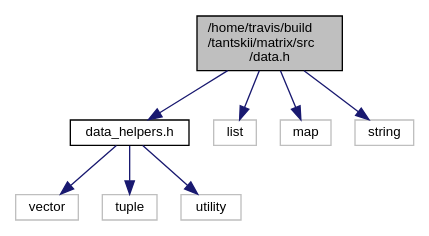
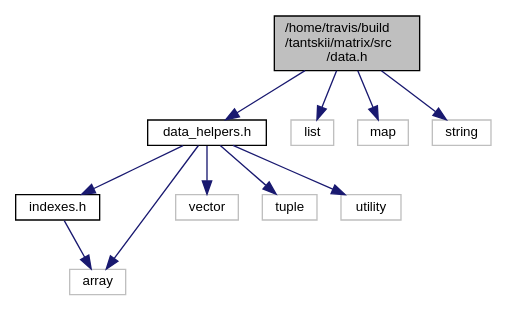
Before and after one commit to tantskii/matrix: the diagram in data_8h__incl.dot, drawn with Graphviz. The commit also changed 95 other files, not shown here.

```diff
--- a/data_8h__incl.dot
+++ b/data_8h__incl.dot
@@ -1,20 +1,25 @@
 digraph "/home/travis/build/tantskii/matrix/src/data.h"
 {
   edge [fontname="Helvetica",fontsize="10",labelfontname="Helvetica",labelfontsize="10"];
   node [fontname="Helvetica",fontsize="10",shape=record];
   Node1 [label="/home/travis/build\l/tantskii/matrix/src\l/data.h",height=0.2,width=0.4,color="black", fillcolor="grey75", style="filled", fontcolor="black"];
   Node1 -> Node2 [color="midnightblue",fontsize="10",style="solid",fontname="Helvetica"];
   Node2 [label="data_helpers.h",height=0.2,width=0.4,color="black", fillcolor="white", style="filled",URL="$data__helpers_8h.html",tooltip="Данный заголовочный файл содержит вспомогательные функии класса Data<T, N> описанного в data..."];
   Node2 -> Node3 [color="midnightblue",fontsize="10",style="solid",fontname="Helvetica"];
-  Node3 [label="vector",height=0.2,width=0.4,color="grey75", fillcolor="white", style="filled"];
+  Node3 [label="indexes.h",height=0.2,width=0.4,color="black", fillcolor="white", style="filled",URL="$indexes_8h.html",tooltip="Заголовочный класс, содержащий определение набора индексов "];
+  Node3 -> Node4 [color="midnightblue",fontsize="10",style="solid",fontname="Helvetica"];
+  Node4 [label="array",height=0.2,width=0.4,color="grey75", fillcolor="white", style="filled"];
+  Node2 -> Node5 [color="midnightblue",fontsize="10",style="solid",fontname="Helvetica"];
+  Node5 [label="vector",height=0.2,width=0.4,color="grey75", fillcolor="white", style="filled"];
+  Node2 -> Node6 [color="midnightblue",fontsize="10",style="solid",fontname="Helvetica"];
+  Node6 [label="tuple",height=0.2,width=0.4,color="grey75", fillcolor="white", style="filled"];
+  Node2 -> Node7 [color="midnightblue",fontsize="10",style="solid",fontname="Helvetica"];
+  Node7 [label="utility",height=0.2,width=0.4,color="grey75", fillcolor="white", style="filled"];
   Node2 -> Node4 [color="midnightblue",fontsize="10",style="solid",fontname="Helvetica"];
-  Node4 [label="tuple",height=0.2,width=0.4,color="grey75", fillcolor="white", style="filled"];
-  Node2 -> Node5 [color="midnightblue",fontsize="10",style="solid",fontname="Helvetica"];
-  Node5 [label="utility",height=0.2,width=0.4,color="grey75", fillcolor="white", style="filled"];
-  Node1 -> Node6 [color="midnightblue",fontsize="10",style="solid",fontname="Helvetica"];
-  Node6 [label="list",height=0.2,width=0.4,color="grey75", fillcolor="white", style="filled"];
-  Node1 -> Node7 [color="midnightblue",fontsize="10",style="solid",fontname="Helvetica"];
-  Node7 [label="map",height=0.2,width=0.4,color="grey75", fillcolor="white", style="filled"];
   Node1 -> Node8 [color="midnightblue",fontsize="10",style="solid",fontname="Helvetica"];
-  Node8 [label="string",height=0.2,width=0.4,color="grey75", fillcolor="white", style="filled"];
+  Node8 [label="list",height=0.2,width=0.4,color="grey75", fillcolor="white", style="filled"];
+  Node1 -> Node9 [color="midnightblue",fontsize="10",style="solid",fontname="Helvetica"];
+  Node9 [label="map",height=0.2,width=0.4,color="grey75", fillcolor="white", style="filled"];
+  Node1 -> Node10 [color="midnightblue",fontsize="10",style="solid",fontname="Helvetica"];
+  Node10 [label="string",height=0.2,width=0.4,color="grey75", fillcolor="white", style="filled"];
 }
```
